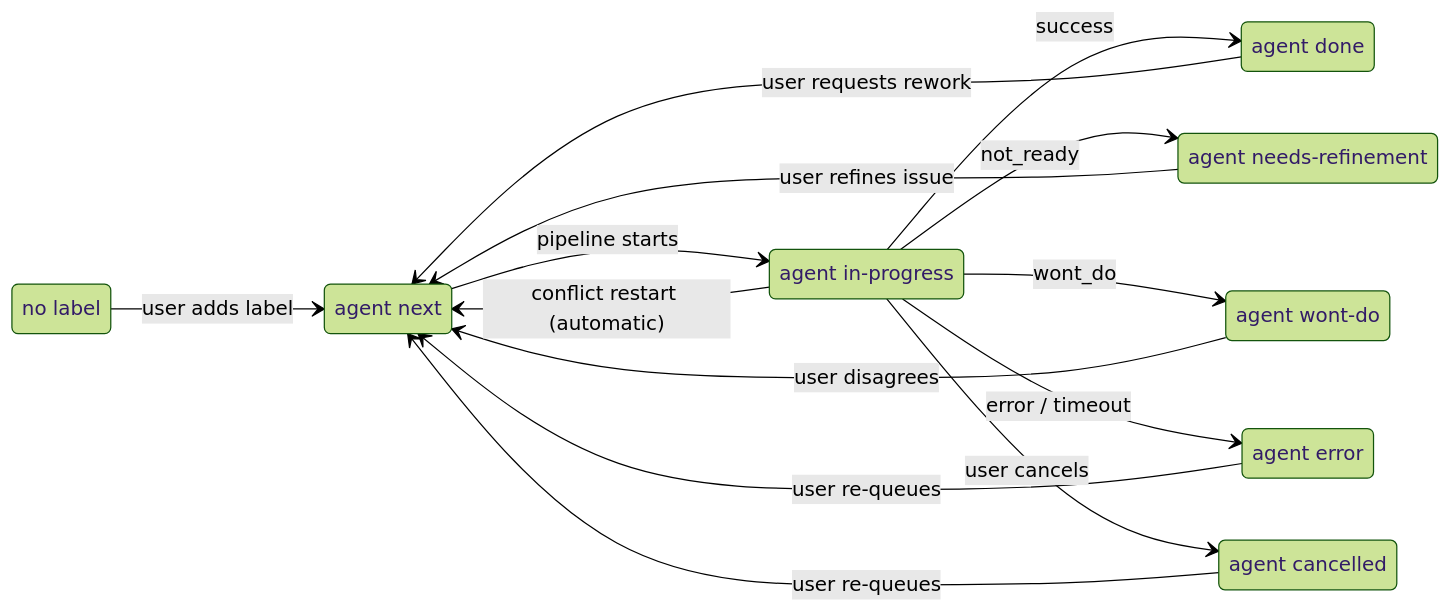
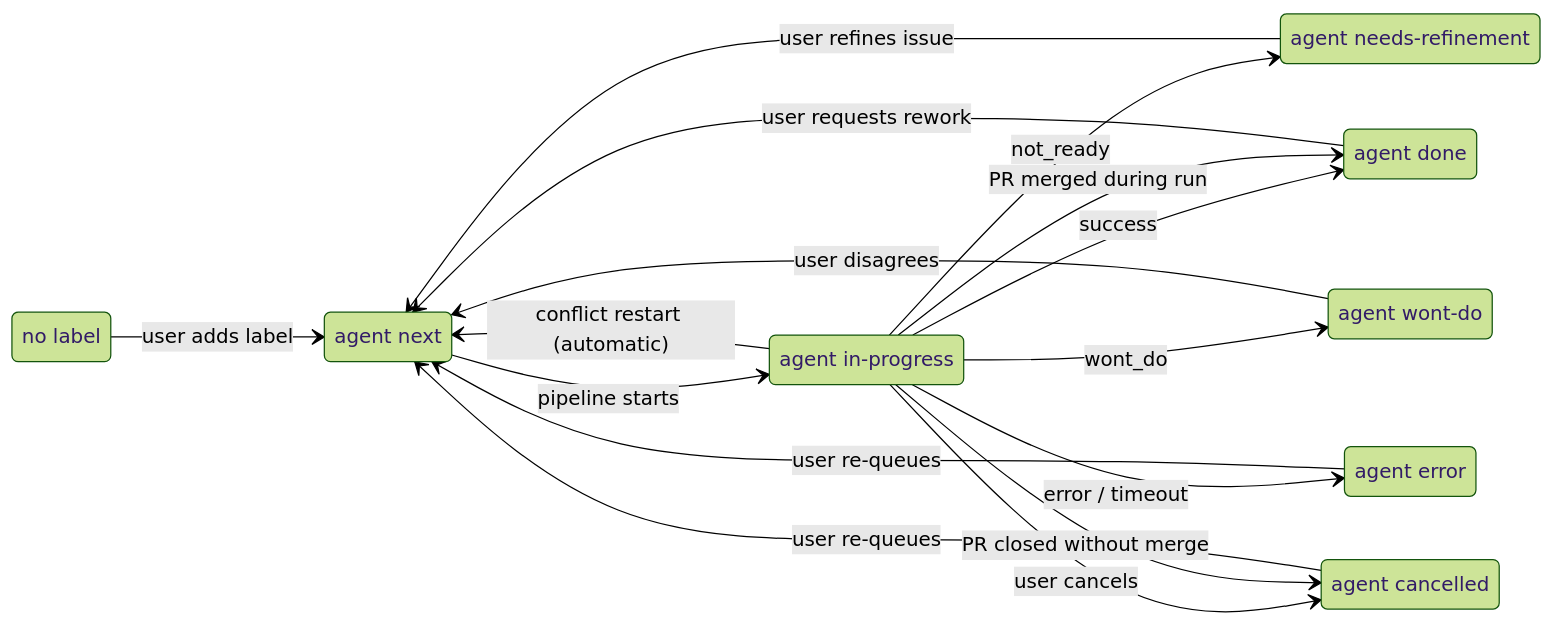
One commit to Chemsorly/coding-agent-automation changed the fourth of 9 diagrams in docs/pipeline-orchestration.md. Above: the diagram before and after it, drawn with Mermaid (forest theme). The commit also changed other lines of this file, not shown here.

````diff
--- a/docs/pipeline-orchestration.md
+++ b/docs/pipeline-orchestration.md
@@ -208,26 +216,28 @@
 ```mermaid
 stateDiagram-v2
     direction LR
     state "no label" as none
     state "agent next" as next
     state "agent in-progress" as ip
     state "agent done" as done
     state "agent needs-refinement" as nr
     state "agent wont-do" as wd
     state "agent error" as err
     state "agent cancelled" as cancel
 
     none --> next : user adds label
     next --> ip : pipeline starts
     ip --> done : success
     ip --> nr : not_ready
     ip --> wd : wont_do
     ip --> err : error / timeout
     ip --> cancel : user cancels
     ip --> next : conflict restart (automatic)
+    ip --> done : PR merged during run
+    ip --> cancel : PR closed without merge
     done --> next : user requests rework
     err --> next : user re-queues
     nr --> next : user refines issue
     wd --> next : user disagrees
     cancel --> next : user re-queues
 ```
````
